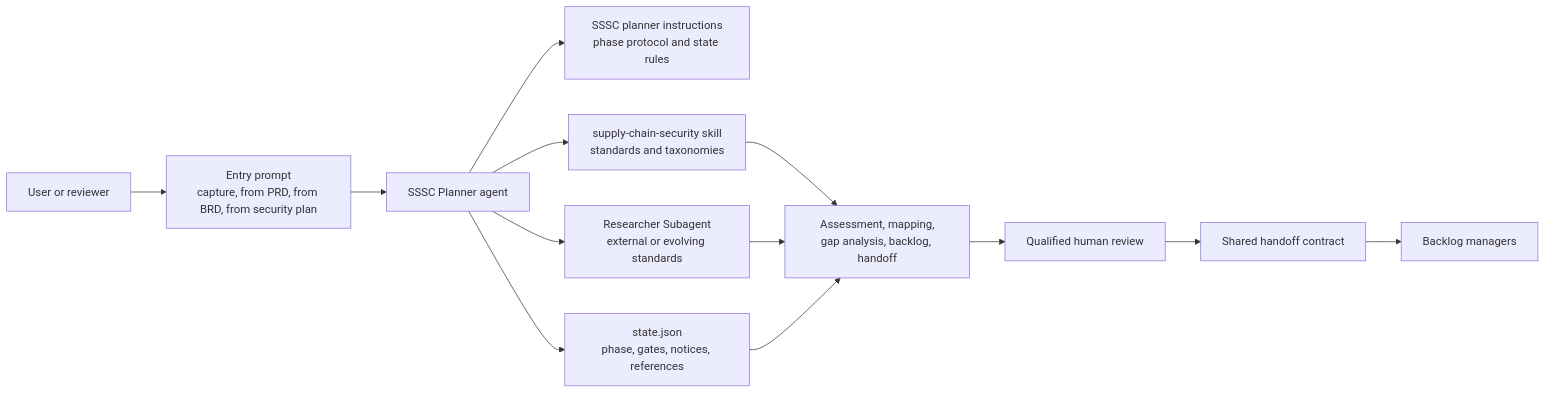
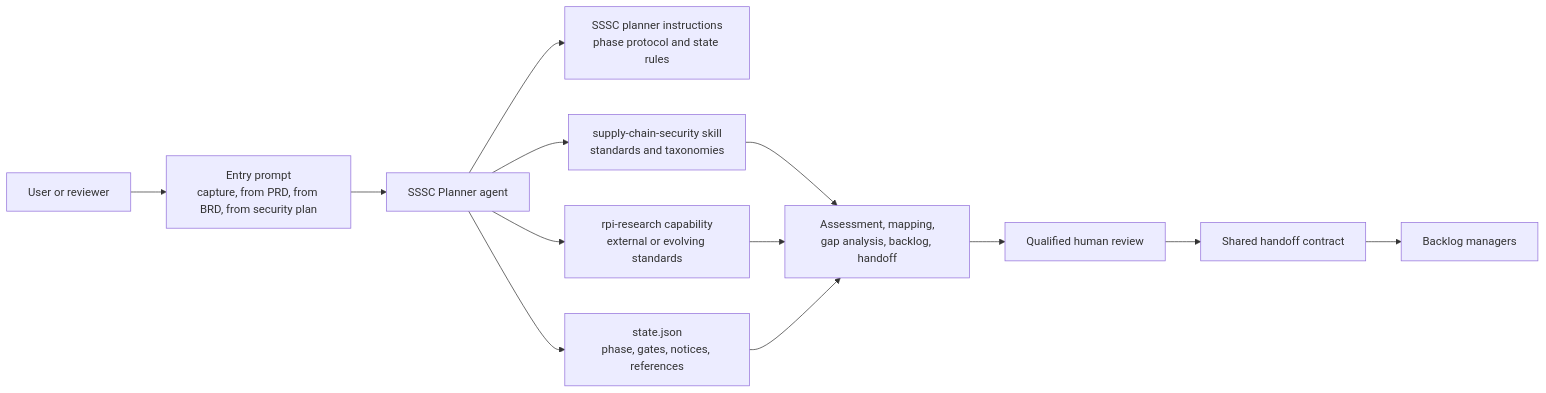
The second of 5 diagrams in docs/planning/prds/sssc-planner.md (microsoft/hve-core), drawn with Mermaid before and after one commit. The commit also changed other lines of this file and 333 other files, not shown here.

````diff
--- a/docs/planning/prds/sssc-planner.md
+++ b/docs/planning/prds/sssc-planner.md
@@ -161,15 +161,15 @@
 ```mermaid
 graph LR
     User["User or reviewer"] --> Entry["Entry prompt<br/>capture, from PRD, from BRD, from security plan"]
     Entry --> Agent["SSSC Planner agent"]
     Agent --> Instructions["SSSC planner instructions<br/>phase protocol and state rules"]
     Agent --> State["state.json<br/>phase, gates, notices, references"]
     Agent --> Skill["supply-chain-security skill<br/>standards and taxonomies"]
-    Agent --> Researcher["Researcher Subagent<br/>external or evolving standards"]
+    Agent --> Research["rpi-research capability<br/>external or evolving standards"]
     Skill --> Artifacts["Assessment, mapping,<br/>gap analysis, backlog, handoff"]
-    Researcher --> Artifacts
+    Research --> Artifacts
     State --> Artifacts
     Artifacts --> Review["Qualified human review"]
     Review --> Handoff["Shared handoff contract"]
     Handoff --> Backlog["Backlog managers"]
 ```
````
